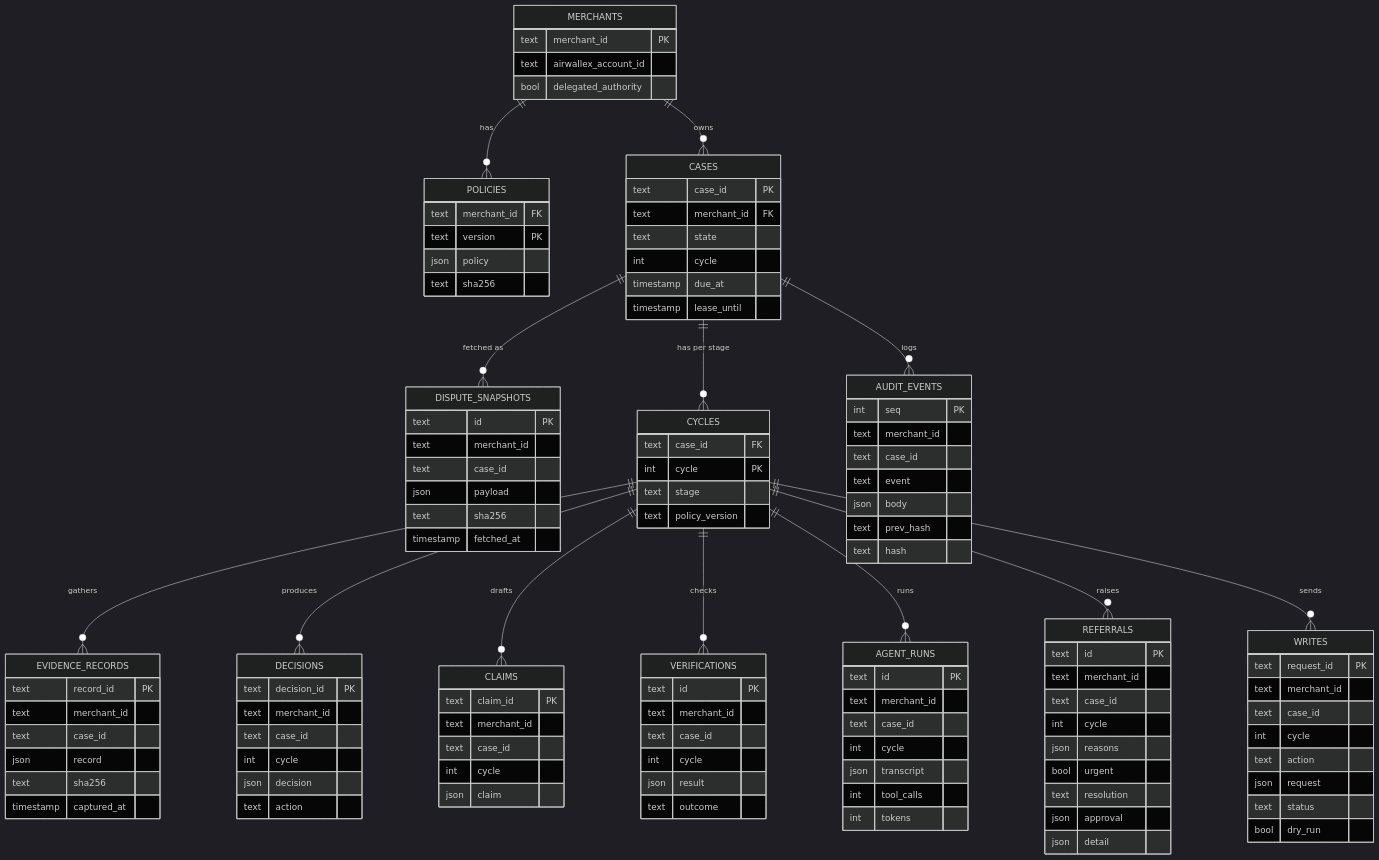
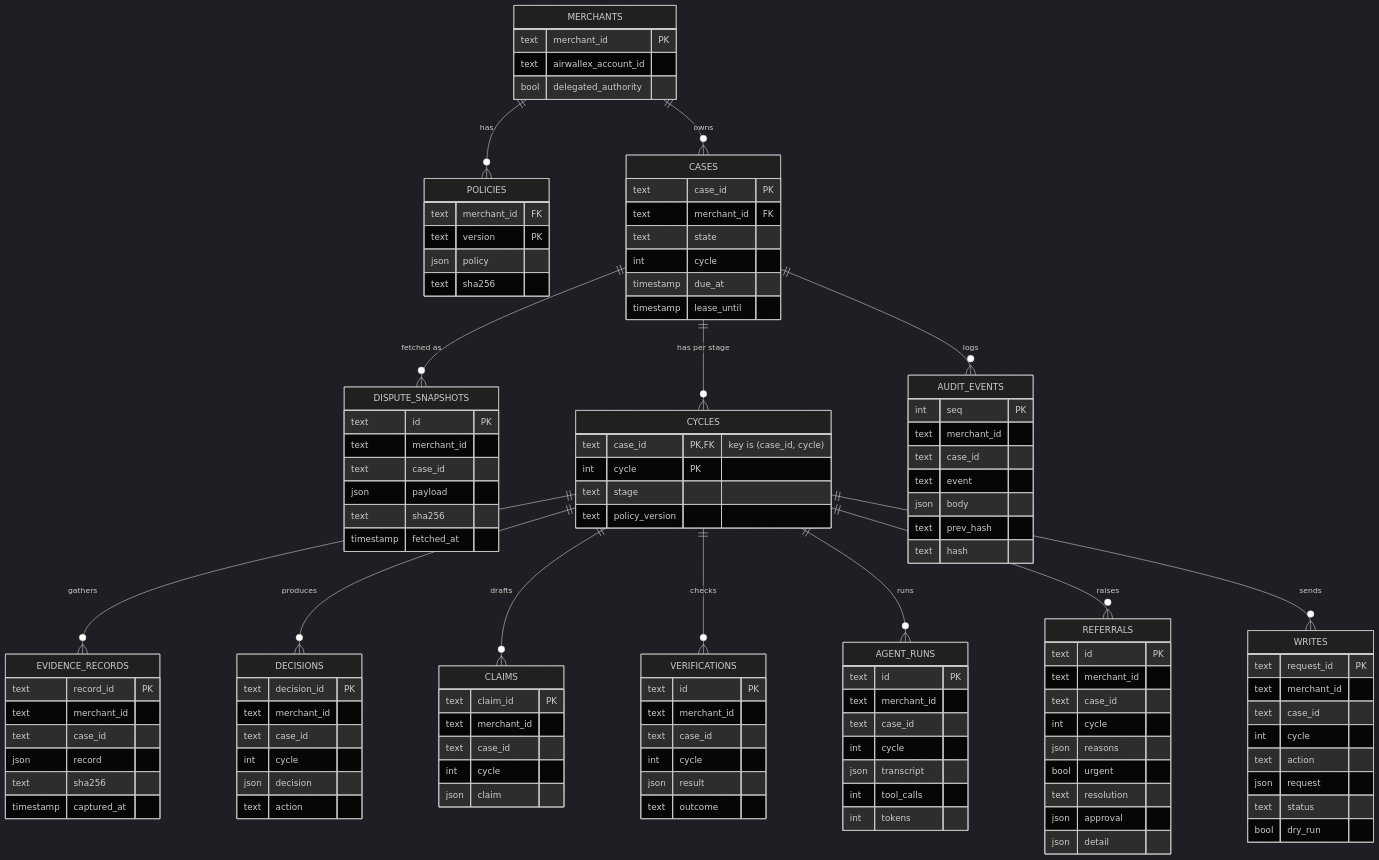
One commit to rachanna/nirnaya changed the seventh of 8 diagrams in docs/architecture.md. Above: the diagram before and after it, drawn with Mermaid (dark theme). The commit also changed other lines of this file and 5 other files, not shown here.

```diff
--- a/docs/architecture.md
+++ b/docs/architecture.md
@@ -744,7 +746,7 @@
         timestamp fetched_at
     }
     CYCLES {
-        text case_id FK
+        text case_id PK, FK "key is (case_id, cycle)"
         int cycle PK
         text stage
         text policy_version
```
